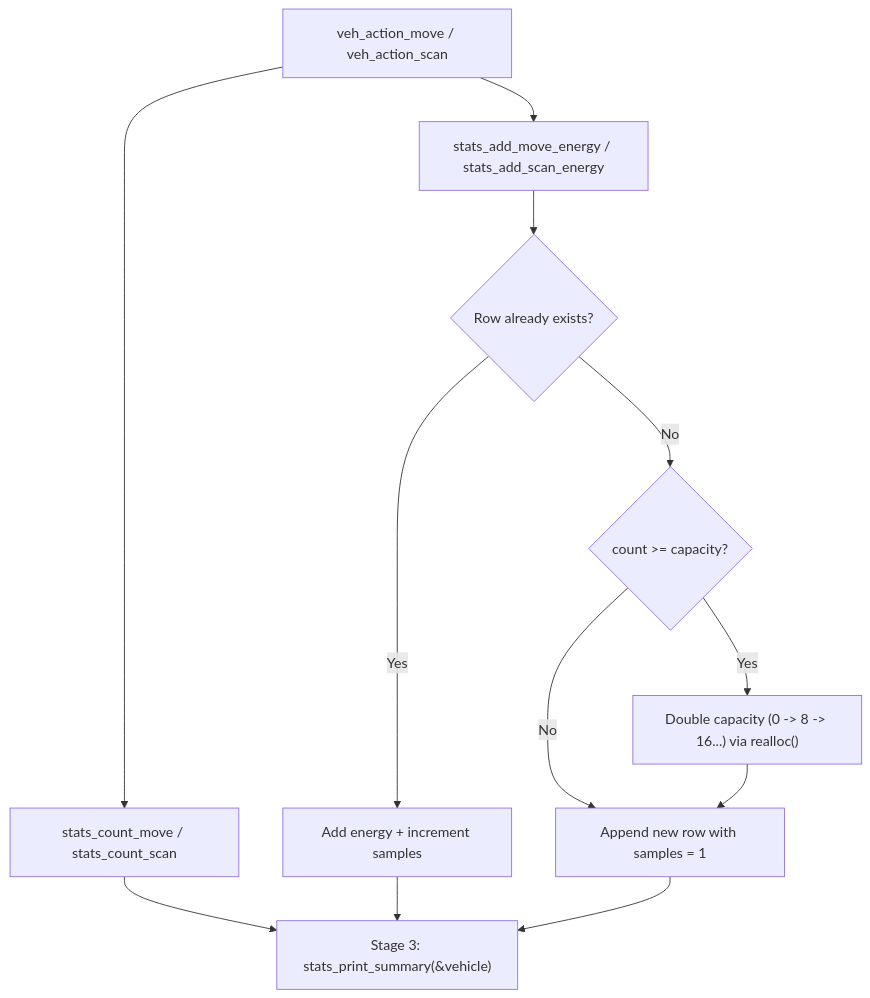
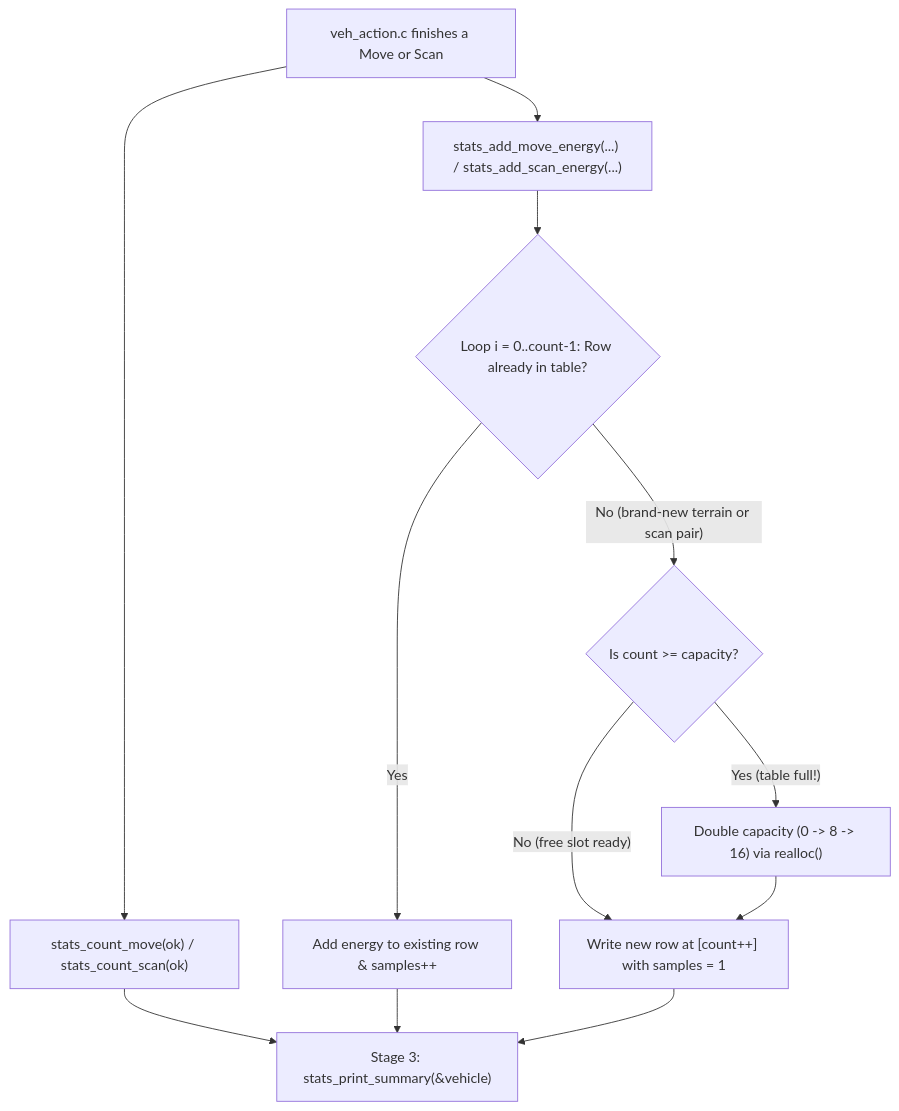
The diagram in VehExplorer/docs/v2_student_6_stats_guide.md (littnate/RSE1201_Group_Project), drawn with Mermaid before and after one commit. The commit also changed other lines of this file and 8 other files, not shown here.

````diff
--- a/VehExplorer/docs/v2_student_6_stats_guide.md
+++ b/VehExplorer/docs/v2_student_6_stats_guide.md
@@ -16,12 +16,12 @@
 ```mermaid
 flowchart TD
-    VA["veh_action_move / veh_action_scan"] --> Count["stats_count_move / stats_count_scan"]
-    VA --> AddE["stats_add_move_energy / stats_add_scan_energy"]
-    AddE --> Match{"Row already exists?"}
-    Match -- "Yes" --> Accum["Add energy + increment samples"]
-    Match -- "No" --> Cap{"count >= capacity?"}
-    Cap -- "Yes" --> Grow["Double capacity (0 -> 8 -> 16...) via realloc()"]
-    Cap -- "No" --> Append["Append new row with samples = 1"]
+    VA["veh_action.c finishes a Move or Scan"] --> Cnt["stats_count_move(ok) / stats_count_scan(ok)"]
+    VA --> Add["stats_add_move_energy(...) / stats_add_scan_energy(...)"]
+    Add --> Search{"Loop i = 0..count-1: Row already in table?"}
+    Search -- "Yes" --> Update["Add energy to existing row & samples++"]
+    Search -- "No (brand-new terrain or scan pair)" --> Full{"Is count >= capacity?"}
+    Full -- "Yes (table full!)" --> Grow["Double capacity (0 -> 8 -> 16) via realloc()"]
+    Full -- "No (free slot ready)" --> Append["Write new row at [count++] with samples = 1"]
     Grow --> Append
-    Count & Accum & Append --> Report["Stage 3: stats_print_summary(&vehicle)"]
+    Cnt & Update & Append --> Report["Stage 3: stats_print_summary(&vehicle)"]
 ```
````
